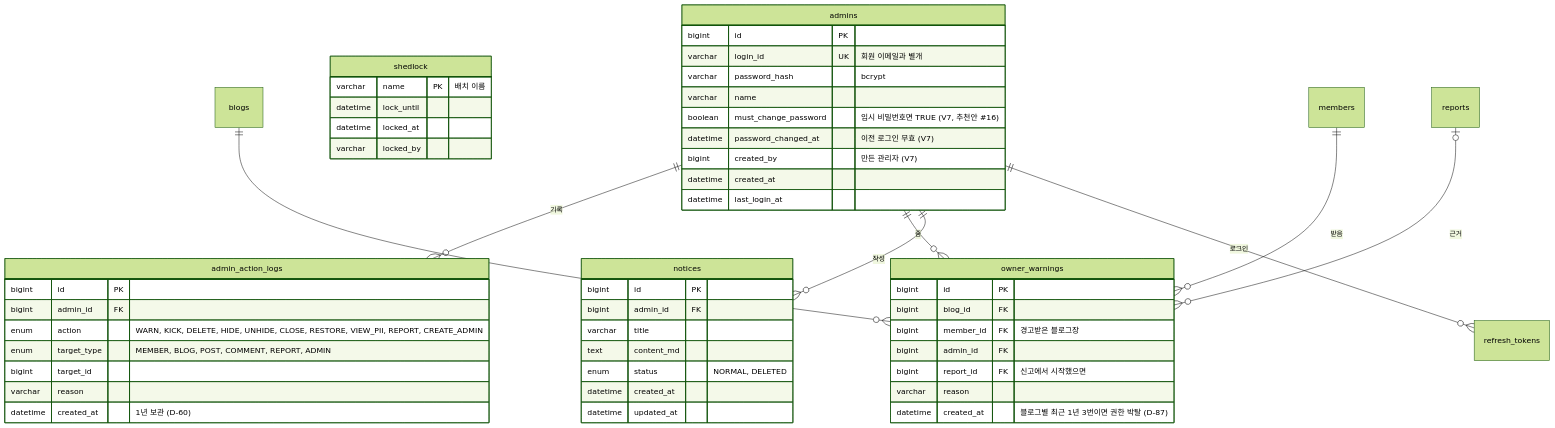
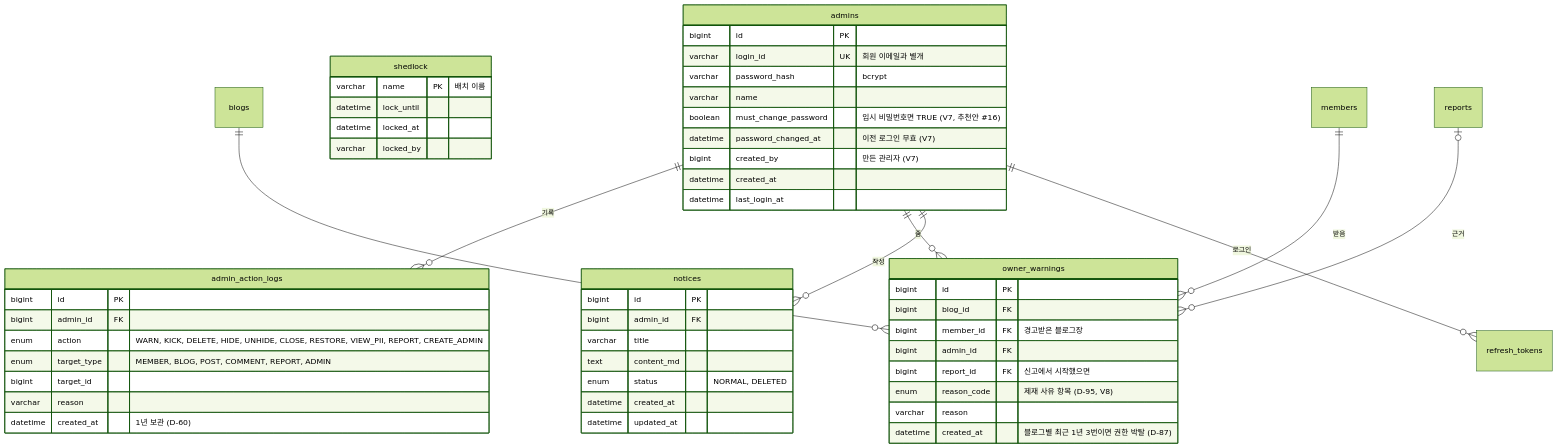
One commit to blogNM/blogproject changed the sixth of 6 diagrams in docs/04-design/ERD.md. Above: the diagram before and after it, drawn with Mermaid (forest theme). The commit also changed other lines of this file and 30 other files, not shown here.

````diff
--- a/docs/04-design/ERD.md
+++ b/docs/04-design/ERD.md
@@ -450,55 +452,56 @@
 ```mermaid
 erDiagram
     admins {
         bigint id PK
         varchar login_id UK "회원 이메일과 별개"
         varchar password_hash "bcrypt"
         varchar name
         boolean must_change_password "임시 비밀번호면 TRUE (V7, 추천안 #16)"
         datetime password_changed_at "이전 로그인 무효 (V7)"
         bigint created_by "만든 관리자 (V7)"
         datetime created_at
         datetime last_login_at
     }
     admin_action_logs {
         bigint id PK
         bigint admin_id FK
         enum action "WARN, KICK, DELETE, HIDE, UNHIDE, CLOSE, RESTORE, VIEW_PII, REPORT, CREATE_ADMIN"
         enum target_type "MEMBER, BLOG, POST, COMMENT, REPORT, ADMIN"
         bigint target_id
         varchar reason
         datetime created_at "1년 보관 (D-60)"
     }
     owner_warnings {
         bigint id PK
         bigint blog_id FK
         bigint member_id FK "경고받은 블로그장"
         bigint admin_id FK
         bigint report_id FK "신고에서 시작했으면"
+        enum reason_code "제재 사유 항목 (D-95, V8)"
         varchar reason
         datetime created_at "블로그별 최근 1년 3번이면 권한 박탈 (D-87)"
     }
     notices {
         bigint id PK
         bigint admin_id FK
         varchar title
         text content_md
         enum status "NORMAL, DELETED"
         datetime created_at
         datetime updated_at
     }
     shedlock {
         varchar name PK "배치 이름"
         datetime lock_until
         datetime locked_at
         varchar locked_by
     }
 
     admins ||--o{ admin_action_logs : "기록"
     admins ||--o{ owner_warnings : "줌"
     blogs ||--o{ owner_warnings : ""
     members ||--o{ owner_warnings : "받음"
     reports |o--o{ owner_warnings : "근거"
     admins ||--o{ notices : "작성"
     admins ||--o{ refresh_tokens : "로그인"
 ```
````
